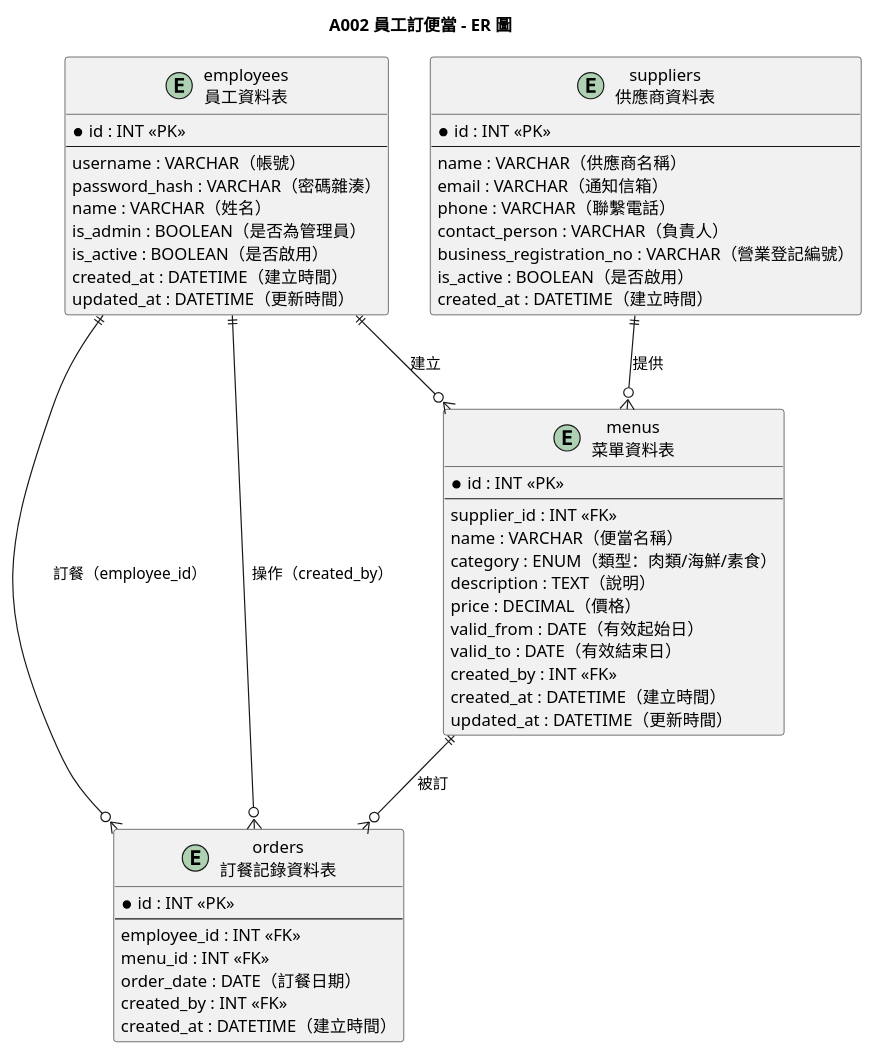
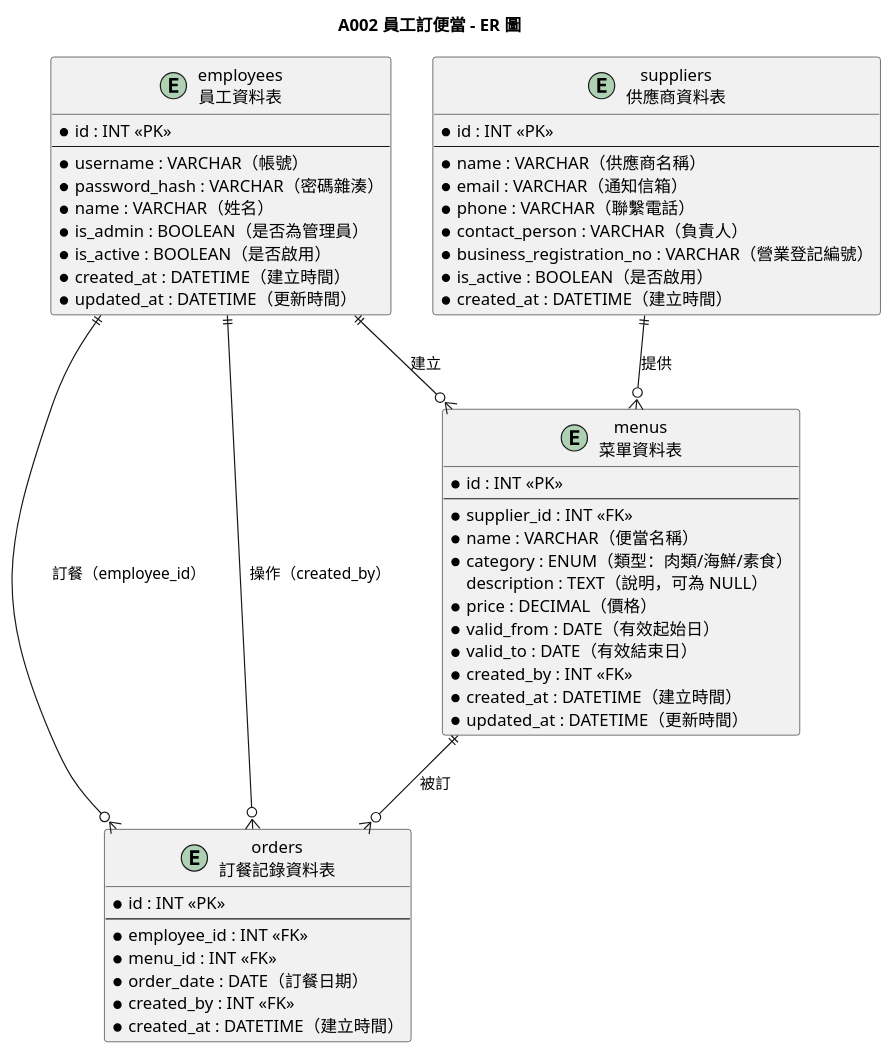
One commit to teyhawzhe/bento-uml changed the diagram in output/A002/A002-er.puml. Above: the diagram before and after it, drawn with PlantUML. The commit also changed 8 other files, not shown here.

```diff
--- a/output/A002/A002-er.puml
+++ b/output/A002/A002-er.puml
@@ -1,60 +1,60 @@
 @startuml A002-er
 
 title A002 員工訂便當 - ER 圖
 
 entity "employees\n員工資料表" as employees {
   * id : INT <<PK>>
   --
-  username : VARCHAR（帳號）
-  password_hash : VARCHAR（密碼雜湊）
-  name : VARCHAR（姓名）
-  is_admin : BOOLEAN（是否為管理員）
-  is_active : BOOLEAN（是否啟用）
-  created_at : DATETIME（建立時間）
-  updated_at : DATETIME（更新時間）
+  * username : VARCHAR（帳號）
+  * password_hash : VARCHAR（密碼雜湊）
+  * name : VARCHAR（姓名）
+  * is_admin : BOOLEAN（是否為管理員）
+  * is_active : BOOLEAN（是否啟用）
+  * created_at : DATETIME（建立時間）
+  * updated_at : DATETIME（更新時間）
 }
 
 entity "suppliers\n供應商資料表" as suppliers {
   * id : INT <<PK>>
   --
-  name : VARCHAR（供應商名稱）
-  email : VARCHAR（通知信箱）
-  phone : VARCHAR（聯繫電話）
-  contact_person : VARCHAR（負責人）
-  business_registration_no : VARCHAR（營業登記編號）
-  is_active : BOOLEAN（是否啟用）
-  created_at : DATETIME（建立時間）
+  * name : VARCHAR（供應商名稱）
+  * email : VARCHAR（通知信箱）
+  * phone : VARCHAR（聯繫電話）
+  * contact_person : VARCHAR（負責人）
+  * business_registration_no : VARCHAR（營業登記編號）
+  * is_active : BOOLEAN（是否啟用）
+  * created_at : DATETIME（建立時間）
 }
 
 entity "menus\n菜單資料表" as menus {
   * id : INT <<PK>>
   --
-  supplier_id : INT <<FK>>
-  name : VARCHAR（便當名稱）
-  category : ENUM（類型：肉類/海鮮/素食）
-  description : TEXT（說明）
-  price : DECIMAL（價格）
-  valid_from : DATE（有效起始日）
-  valid_to : DATE（有效結束日）
-  created_by : INT <<FK>>
-  created_at : DATETIME（建立時間）
-  updated_at : DATETIME（更新時間）
+  * supplier_id : INT <<FK>>
+  * name : VARCHAR（便當名稱）
+  * category : ENUM（類型：肉類/海鮮/素食）
+  description : TEXT（說明，可為 NULL）
+  * price : DECIMAL（價格）
+  * valid_from : DATE（有效起始日）
+  * valid_to : DATE（有效結束日）
+  * created_by : INT <<FK>>
+  * created_at : DATETIME（建立時間）
+  * updated_at : DATETIME（更新時間）
 }
 
 entity "orders\n訂餐記錄資料表" as orders {
   * id : INT <<PK>>
   --
-  employee_id : INT <<FK>>
-  menu_id : INT <<FK>>
-  order_date : DATE（訂餐日期）
-  created_by : INT <<FK>>
-  created_at : DATETIME（建立時間）
+  * employee_id : INT <<FK>>
+  * menu_id : INT <<FK>>
+  * order_date : DATE（訂餐日期）
+  * created_by : INT <<FK>>
+  * created_at : DATETIME（建立時間）
 }
 
 suppliers ||--o{ menus : "提供"
 employees ||--o{ menus : "建立"
 employees ||--o{ orders : "訂餐（employee_id）"
 employees ||--o{ orders : "操作（created_by）"
 menus ||--o{ orders : "被訂"
 
 @enduml
```
